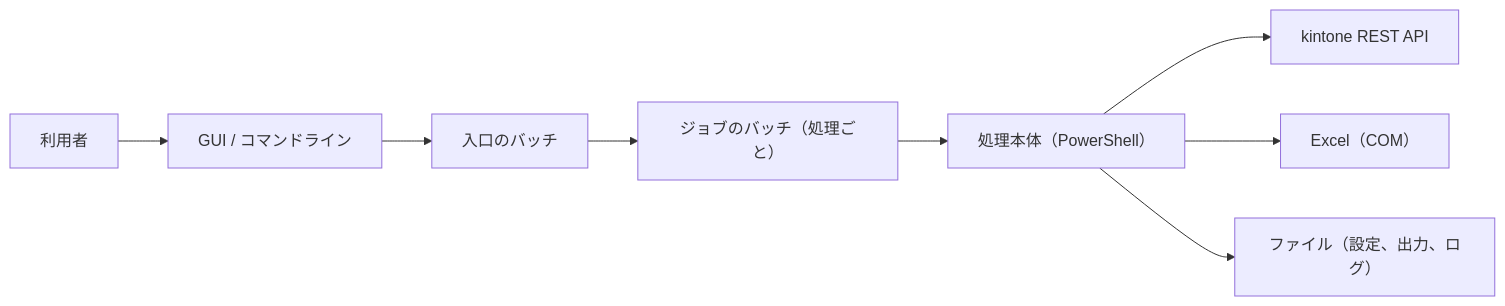
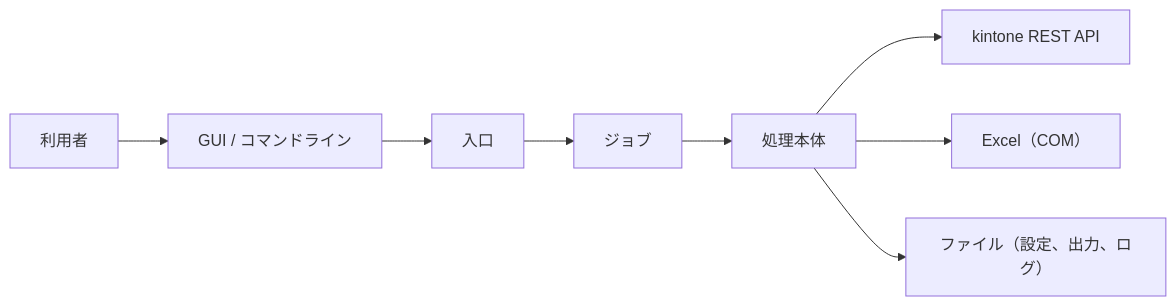
The diagram in tool/kintone-aggregator/doc/02_設計/アーキテクチャ設計.md (nishida2073/project_management), drawn with Mermaid before and after one commit. The commit also changed other lines of this file and 4 other files, not shown here.

````diff
--- a/tool/kintone-aggregator/doc/02_設計/アーキテクチャ設計.md
+++ b/tool/kintone-aggregator/doc/02_設計/アーキテクチャ設計.md
@@ -38,10 +17,10 @@
 ```mermaid
 flowchart LR
     U["利用者"] --> GUI["GUI / コマンドライン"]
-    GUI --> ENTRY["入口のバッチ"]
-    ENTRY --> JOB["ジョブのバッチ（処理ごと）"]
-    JOB --> PS["処理本体（PowerShell）"]
+    GUI --> ENTRY["入口"]
+    ENTRY --> JOB["ジョブ"]
+    JOB --> PS["処理本体"]
     PS --> K["kintone REST API"]
     PS --> XL["Excel（COM）"]
     PS --> FS["ファイル（設定、出力、ログ）"]
 ```
````
